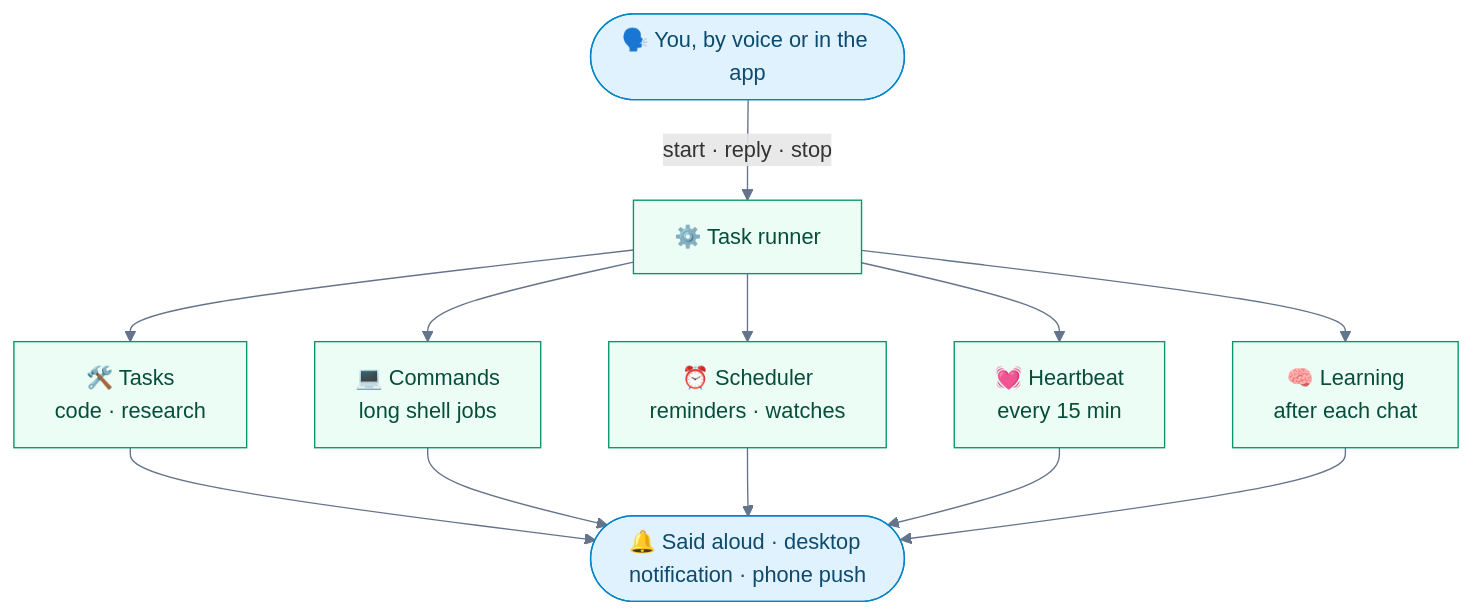
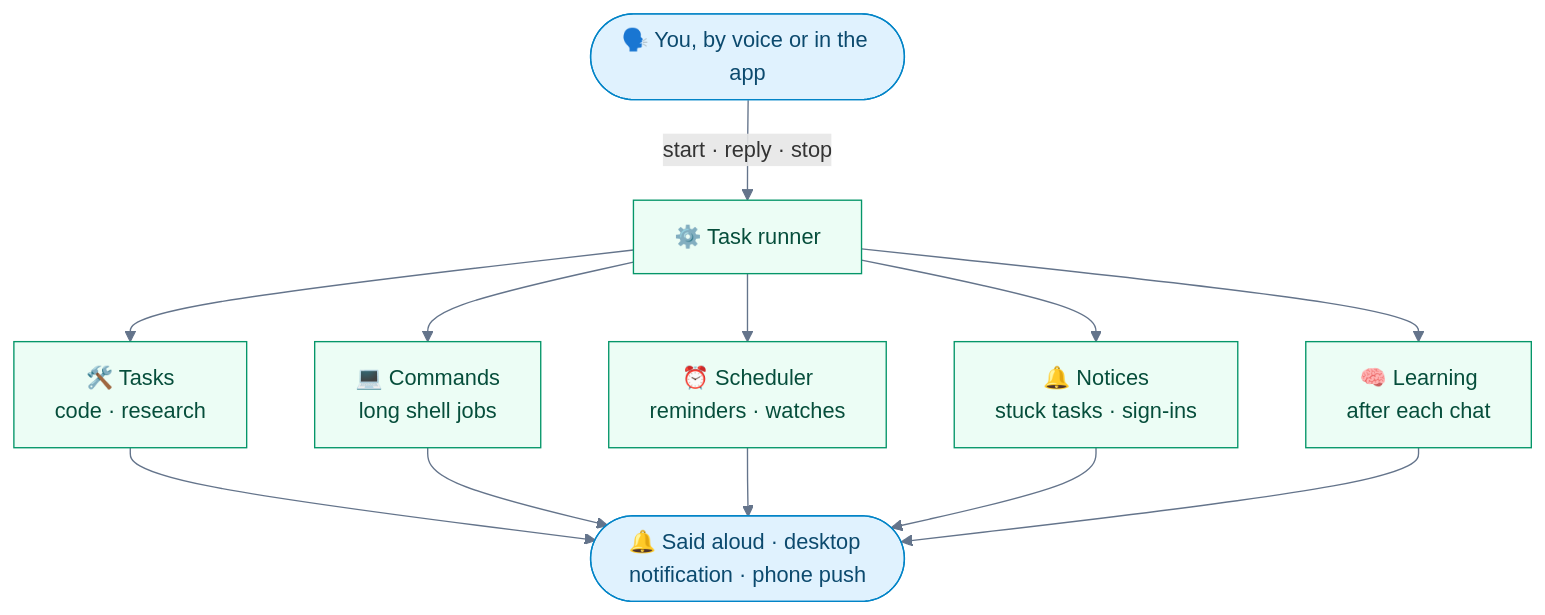
Before and after one commit to anilkumarmeena/alfred: the first of 3 diagrams in docs/tasks.md, drawn with Mermaid. The commit also changed other lines of this file and 53 other files, not shown here.

````diff
--- a/docs/tasks.md
+++ b/docs/tasks.md
@@ -17,16 +17,16 @@
 ```mermaid
 flowchart TB
     You(["🗣️ You, by voice or in the app"]) -->|start · reply · stop| Runner["⚙️ Task runner"]
     Runner --> T["🛠️ Tasks<br/>code · research"]
     Runner --> C["💻 Commands<br/>long shell jobs"]
     Runner --> S["⏰ Scheduler<br/>reminders · watches"]
-    Runner --> H["💓 Heartbeat<br/>every 15 min"]
+    Runner --> H["🔔 Notices<br/>stuck tasks · sign-ins"]
     Runner --> L["🧠 Learning<br/>after each chat"]
     T & C & S & H & L --> Tell(["🔔 Said aloud · desktop notification · phone push"])
 
     classDef you fill:#e0f2fe,stroke:#0284c7,color:#0c4a6e
     classDef mac fill:#ecfdf5,stroke:#059669,color:#064e3b
     class You,Tell you
     class Runner,T,C,S,H,L mac
     linkStyle default stroke:#64748b
 ```
````
